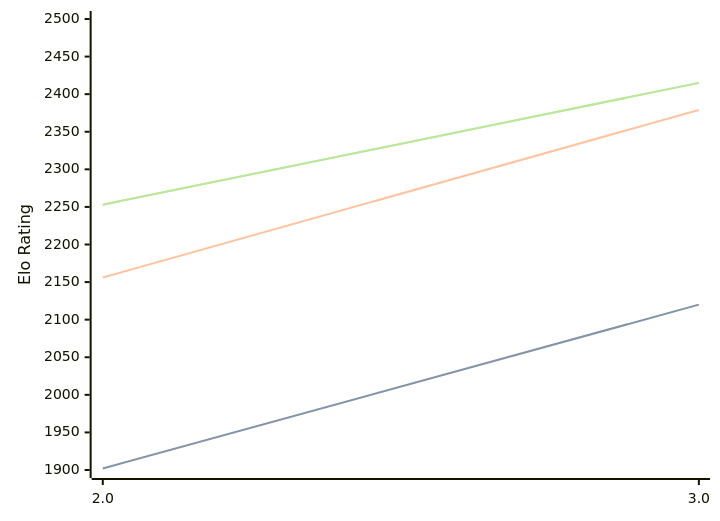
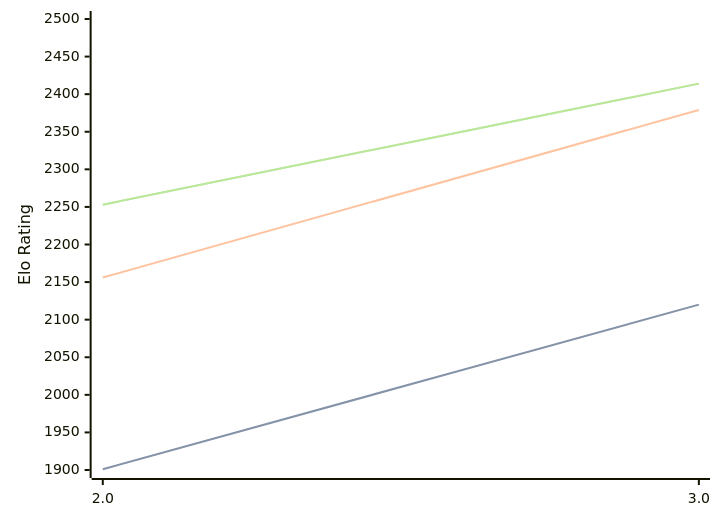
Before and after one commit to computer-chess-index/cci: the diagram in engines/Zeno.md, drawn with Mermaid. The commit also changed other lines of this file, not shown here.

Commit message:
Update CCI Ratings (ELO VLTC) - 2026-09-09

````diff
--- a/engines/Zeno.md
+++ b/engines/Zeno.md
@@ -32,11 +32,11 @@
 ```mermaid
 %%{init: {"theme":"base","themeVariables":{"seriesColors:['#a3a3a3','#222221','#faa371']}}}%%
 xychart-beta
   x-axis ["2.0", "3.0"]
   y-axis "Elo Rating" 1900 --> 2500
-  line "" [1902, 2120]
-  line "STC (8.0+0.08s)" [1902, 2120]
+  line "" [1901, 2120]
+  line "STC (8.0+0.08s)" [1901, 2120]
   line "LTC (60.0+0.60s)" [2156, 2379]
-  line "" [2253, 2415]
-  line "VLTC (2m24s+1.12s)" [2253, 2415]
+  line "" [2253, 2414]
+  line "VLTC (2m24s+1.12s)" [2253, 2414]
 ```
````
